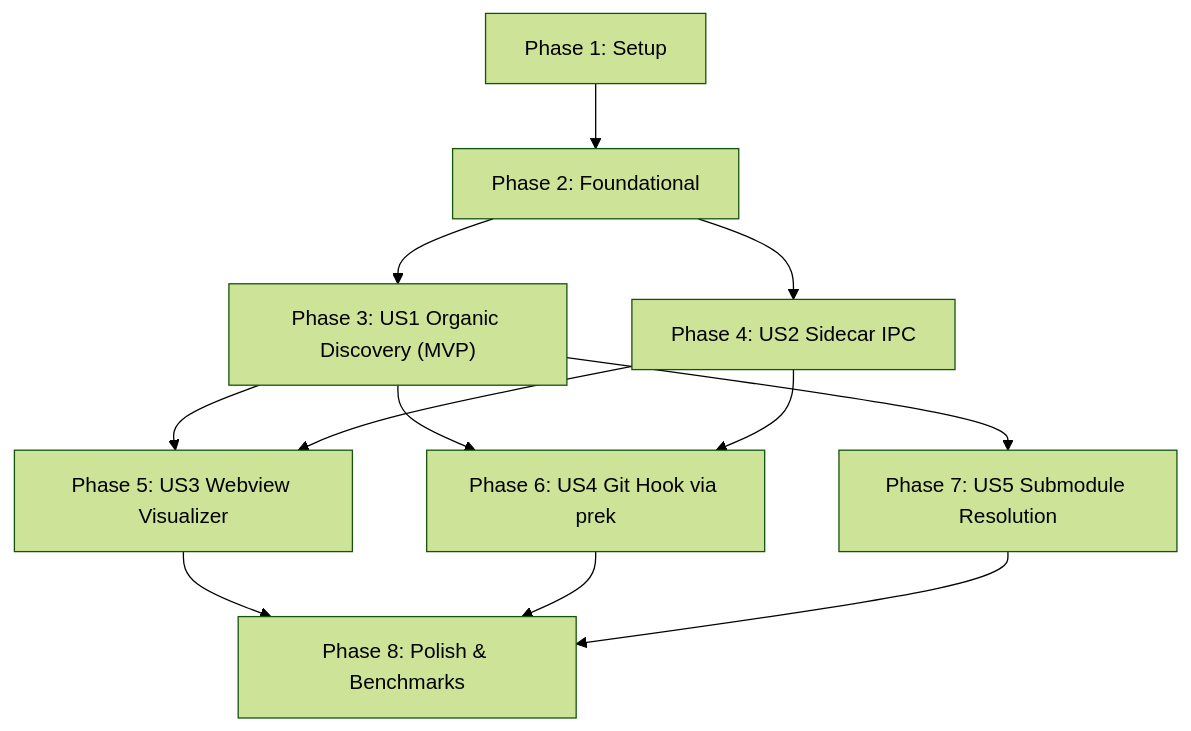
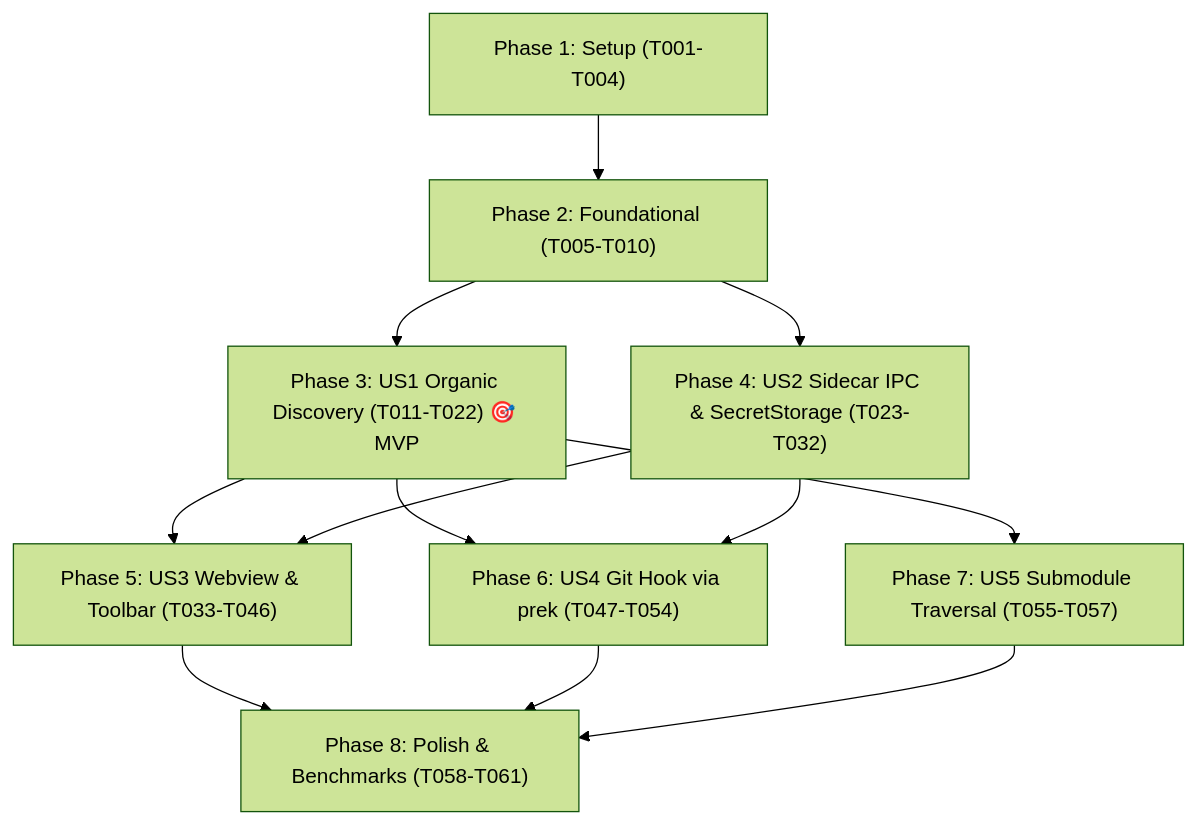
One commit to dioschuarz/knowframe changed the diagram in specs/001-llm-wiki-ext/tasks.md. Above: the diagram before and after it, drawn with Mermaid (forest theme). The commit also changed other lines of this file and 5 other files, not shown here.

Commit message:
fix(spec): remediate analyze audit findings for secret storage, anchor validation, and quick actions

````diff
--- a/specs/001-llm-wiki-ext/tasks.md
+++ b/specs/001-llm-wiki-ext/tasks.md
@@ -165,14 +168,14 @@
 ```mermaid
 flowchart TD
-    P1["Phase 1: Setup"] --> P2["Phase 2: Foundational"]
-    P2 --> P3["Phase 3: US1 Organic Discovery (MVP)"]
-    P2 --> P4["Phase 4: US2 Sidecar IPC"]
-    P3 --> P5["Phase 5: US3 Webview Visualizer"]
+    P1["Phase 1: Setup (T001-T004)"] --> P2["Phase 2: Foundational (T005-T010)"]
+    P2 --> P3["Phase 3: US1 Organic Discovery (T011-T022) 🎯 MVP"]
+    P2 --> P4["Phase 4: US2 Sidecar IPC & SecretStorage (T023-T032)"]
+    P3 --> P5["Phase 5: US3 Webview & Toolbar (T033-T046)"]
     P4 --> P5
-    P3 --> P6["Phase 6: US4 Git Hook via prek"]
+    P3 --> P6["Phase 6: US4 Git Hook via prek (T047-T054)"]
     P4 --> P6
-    P3 --> P7["Phase 7: US5 Submodule Resolution"]
-    P5 --> P8["Phase 8: Polish & Benchmarks"]
+    P3 --> P7["Phase 7: US5 Submodule Traversal (T055-T057)"]
+    P5 --> P8["Phase 8: Polish & Benchmarks (T058-T061)"]
     P6 --> P8
     P7 --> P8
 ```
````
